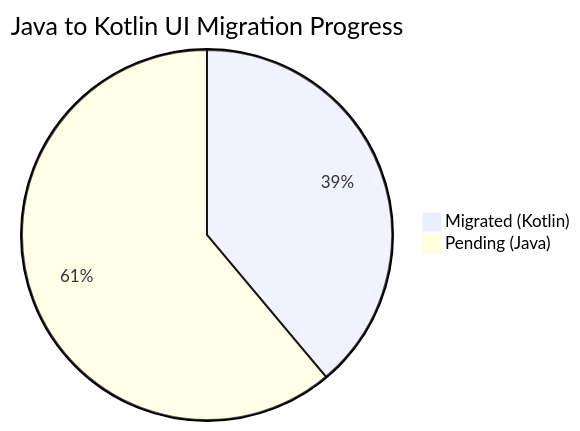
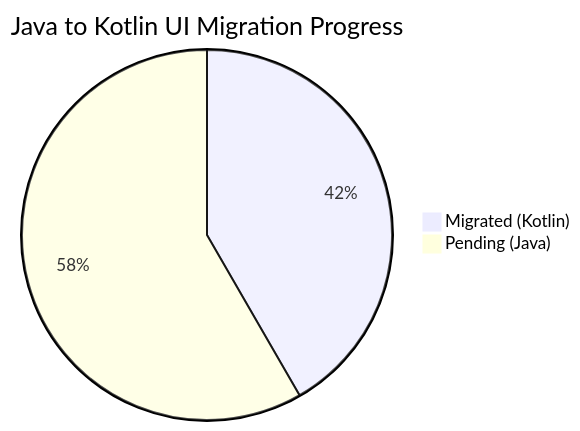
The second of 2 diagrams in README.md (solomonrajan/cashledger), drawn with Mermaid before and after one commit. The commit also changed other lines of this file, not shown here.

Commit message:
docs: update README with TransactionListActivity migration progress

````diff
--- a/README.md
+++ b/README.md
@@ -158,5 +158,5 @@
 ```mermaid
 pie title Java to Kotlin UI Migration Progress
-    "Migrated (Kotlin)" : 14
-    "Pending (Java)" : 22
+    "Migrated (Kotlin)" : 15
+    "Pending (Java)" : 21
 ```
````
